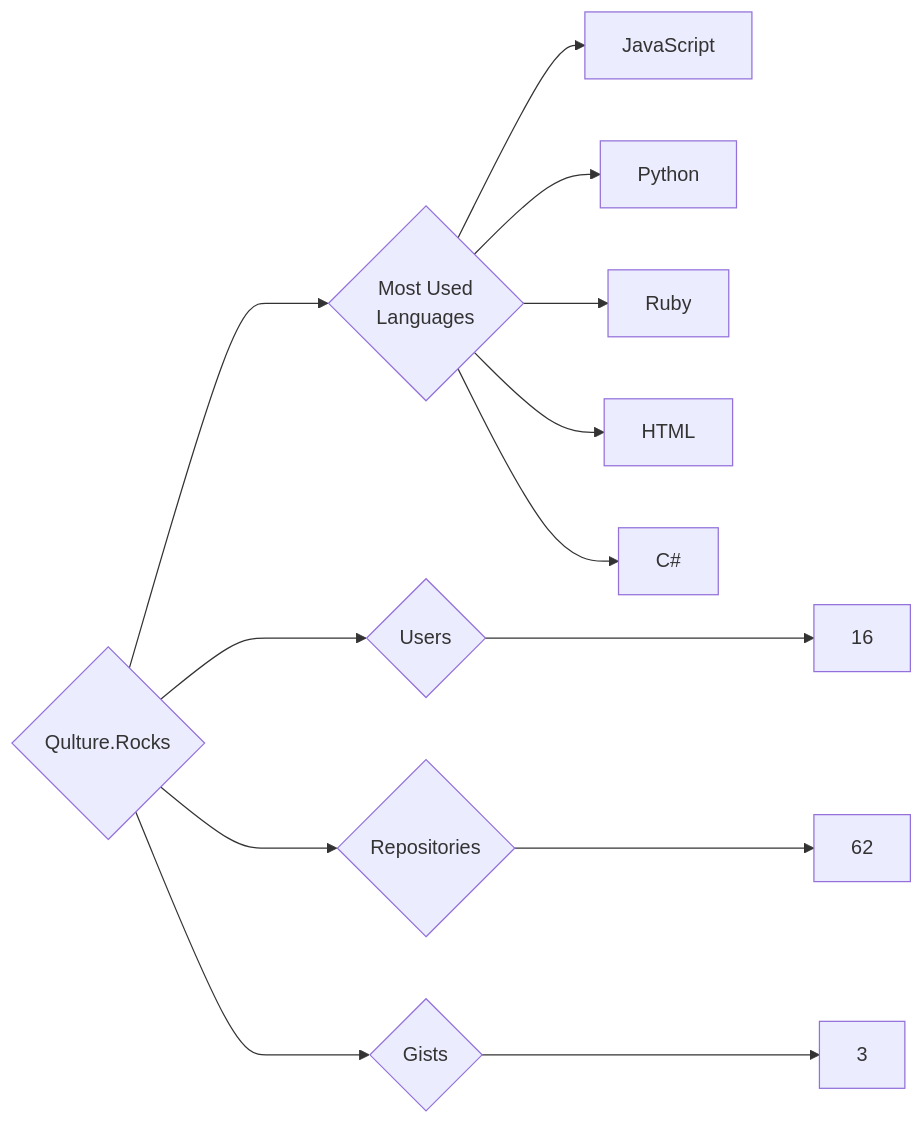
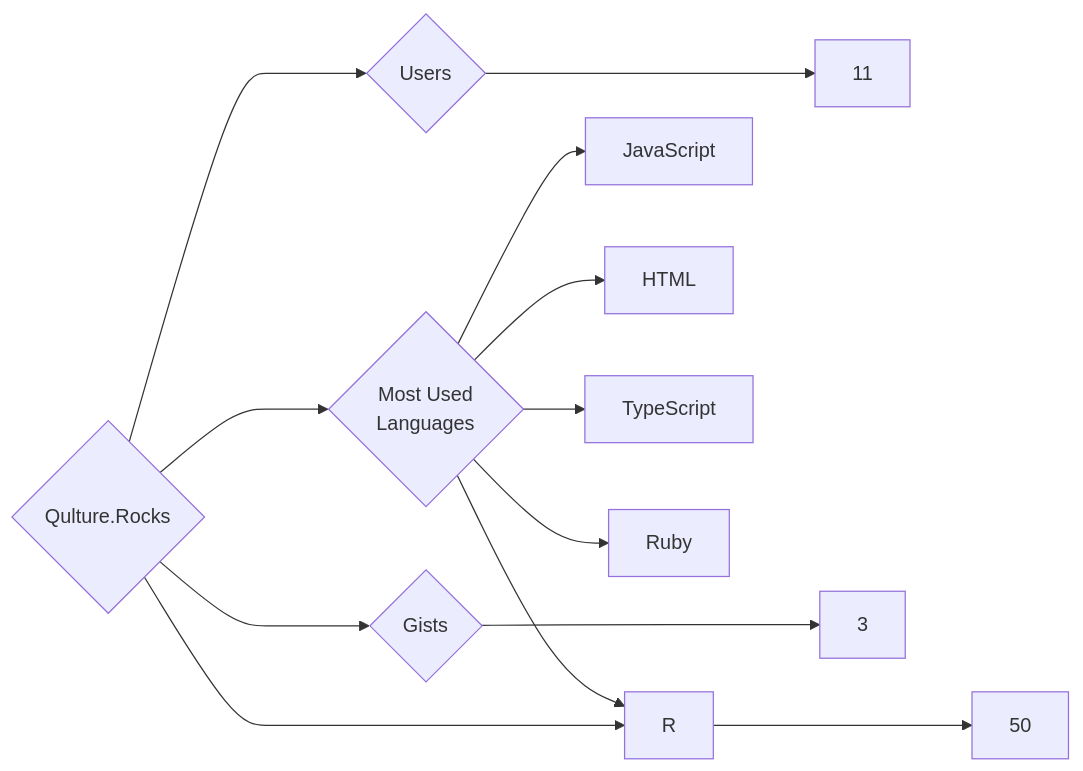
The diagram in targets/Qulture.Rocks/README.md (trickest/insiders), drawn with Mermaid before and after one commit. The commit also changed 1484 other files, not shown here.

````diff
--- a/targets/Qulture.Rocks/README.md
+++ b/targets/Qulture.Rocks/README.md
@@ -3,13 +3,13 @@
 ```mermaid
 graph LR
 COMPANY_NAME{Qulture.Rocks}
-COMPANY_NAME ---> U{Users} ---> UN[16]
-COMPANY_NAME ---> R{Repositories} ---> RN[62]
+COMPANY_NAME ---> U{Users} ---> UN[11]
+COMPANY_NAME ---> R{Repositories} ---> RN[50]
 COMPANY_NAME ---> G{Gists} ---> GN[3]
 COMPANY_NAME ---> ML{Most Used<br>Languages}
 ML --> JavaScript[JavaScript]
-ML --> Python[Python]
+ML --> HTML[HTML]
+ML --> TypeScript[TypeScript]
 ML --> Ruby[Ruby]
-ML --> HTML[HTML]
-ML --> C#[C#]
+ML --> R[R]
 ```
````
